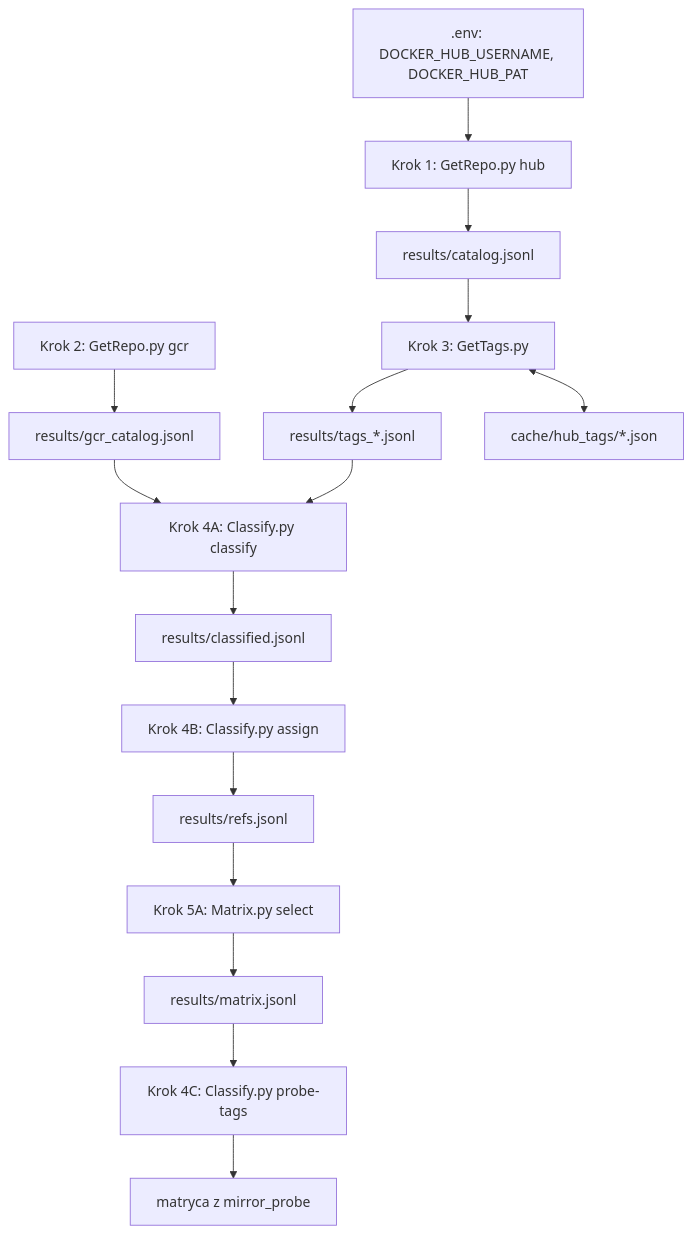
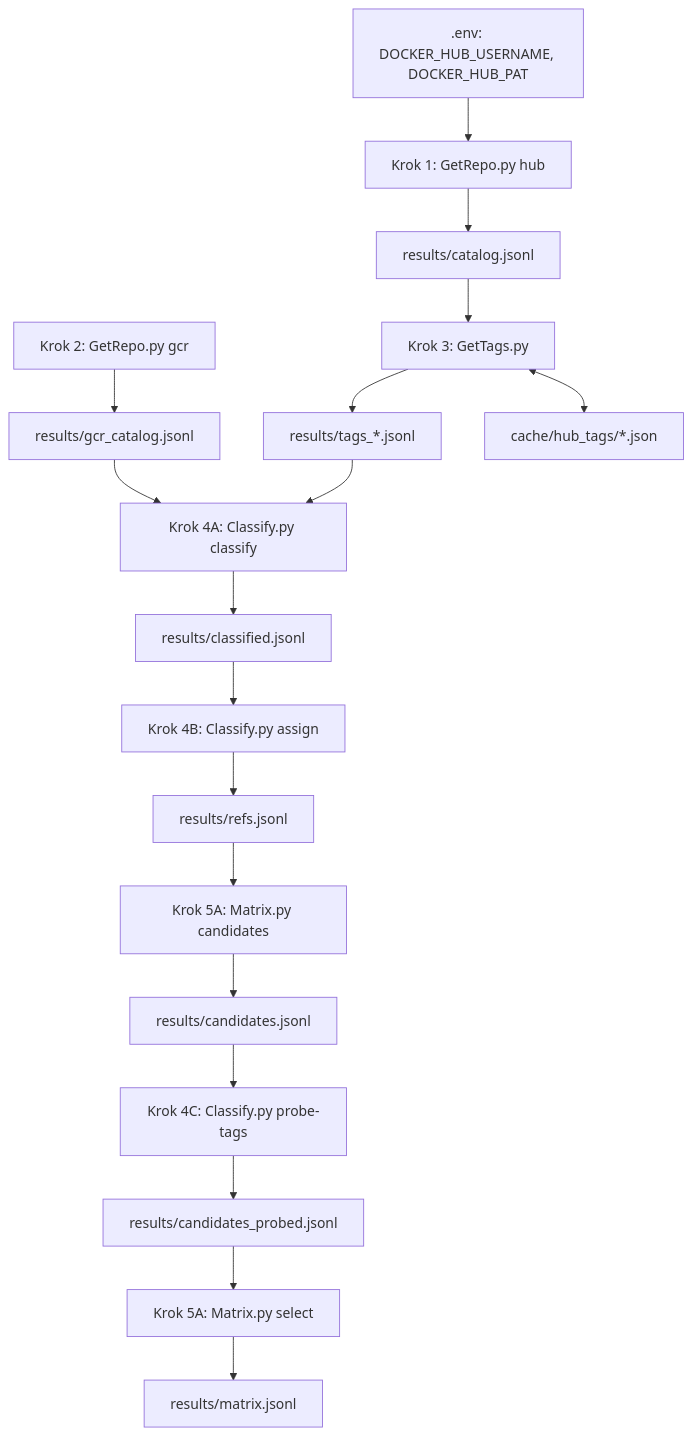
The diagram in docs/KOD.md (Sonic-kw/Container_Image_Analyzer), drawn with Mermaid before and after one commit. The commit also changed other lines of this file, not shown here.

Commit message:
docs(kod): opis candidates, probe-tags i select

````diff
--- a/docs/KOD.md
+++ b/docs/KOD.md
@@ -34,18 +34,20 @@
 ```mermaid
 flowchart TD
   env[".env: DOCKER_HUB_USERNAME, DOCKER_HUB_PAT"] --> k1
   k1["Krok 1: GetRepo.py hub"] --> cat["results/catalog.jsonl"]
   k2["Krok 2: GetRepo.py gcr"] --> gcat["results/gcr_catalog.jsonl"]
   cat --> k3["Krok 3: GetTags.py"]
   k3 --> tags["results/tags_*.jsonl"]
   k3 <--> tcache["cache/hub_tags/*.json"]
   tags --> k4a["Krok 4A: Classify.py classify"]
   gcat --> k4a
   k4a --> cls["results/classified.jsonl"]
   cls --> k4b["Krok 4B: Classify.py assign"]
   k4b --> refs["results/refs.jsonl"]
-  refs --> k5["Krok 5A: Matrix.py select"]
-  k5 --> matrix["results/matrix.jsonl"]
-  matrix --> k4c["Krok 4C: Classify.py probe-tags"]
-  k4c --> probed["matryca z mirror_probe"]
+  refs --> k5c["Krok 5A: Matrix.py candidates"]
+  k5c --> cand["results/candidates.jsonl"]
+  cand --> k4c["Krok 4C: Classify.py probe-tags"]
+  k4c --> probed["results/candidates_probed.jsonl"]
+  probed --> k5s["Krok 5A: Matrix.py select"]
+  k5s --> matrix["results/matrix.jsonl"]
 ```
````
